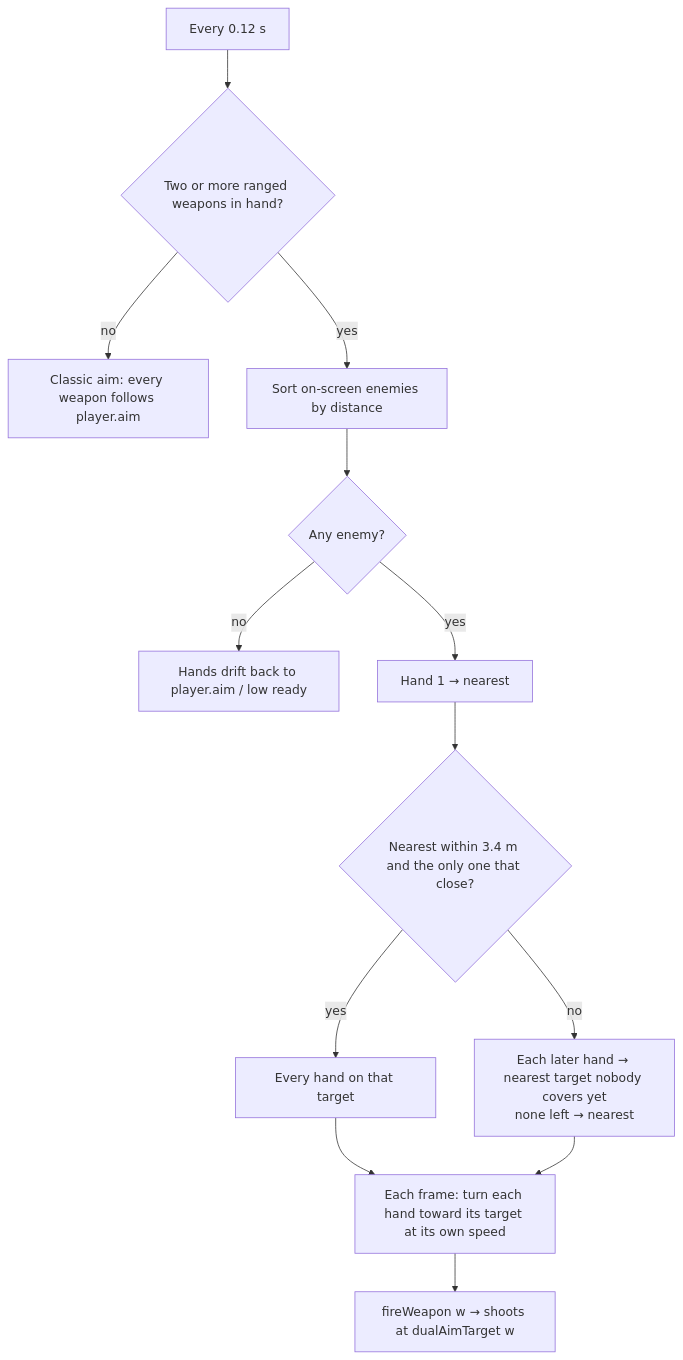
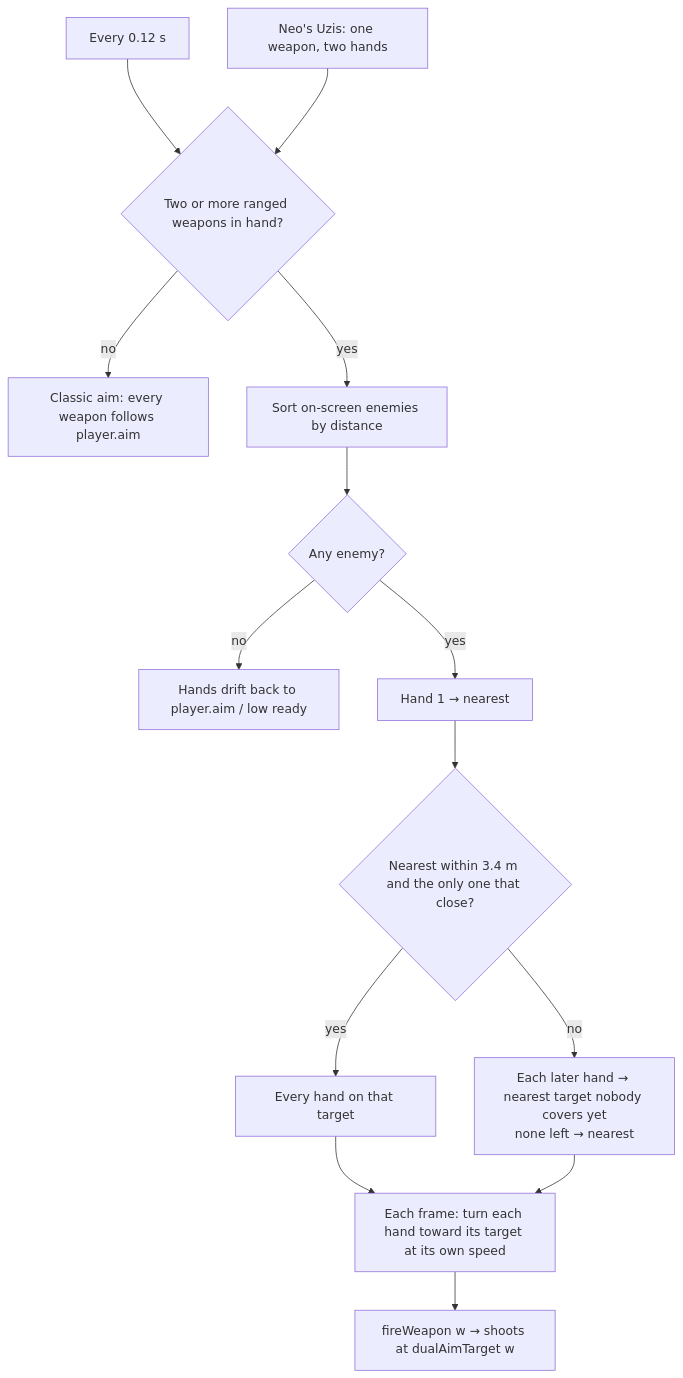
Before and after one commit to eric-automates/Omni-Shift-Nexus-Survivors: diagram 25 of 25 in flowchart.md, drawn with Mermaid. The commit also changed 13 other files, not shown here.

````diff
--- a/flowchart.md
+++ b/flowchart.md
@@ -556,15 +556,16 @@
 ```mermaid
 flowchart TD
   A[Every 0.12 s] --> B{Two or more ranged weapons in hand?}
   B -- no --> Z[Classic aim: every weapon follows player.aim]
   B -- yes --> C[Sort on-screen enemies by distance]
+  P[Neo's Uzis: one weapon, two hands] --> B
   C --> D{Any enemy?}
   D -- no --> Y[Hands drift back to player.aim / low ready]
   D -- yes --> E[Hand 1 → nearest]
   E --> F{Nearest within 3.4 m and the only one that close?}
   F -- yes --> G[Every hand on that target]
   F -- no --> H[Each later hand → nearest target nobody covers yet<br/>none left → nearest]
   G --> I[Each frame: turn each hand toward its target at its own speed]
   H --> I
   I --> J[fireWeapon w → shoots at dualAimTarget w]
 ```
````
